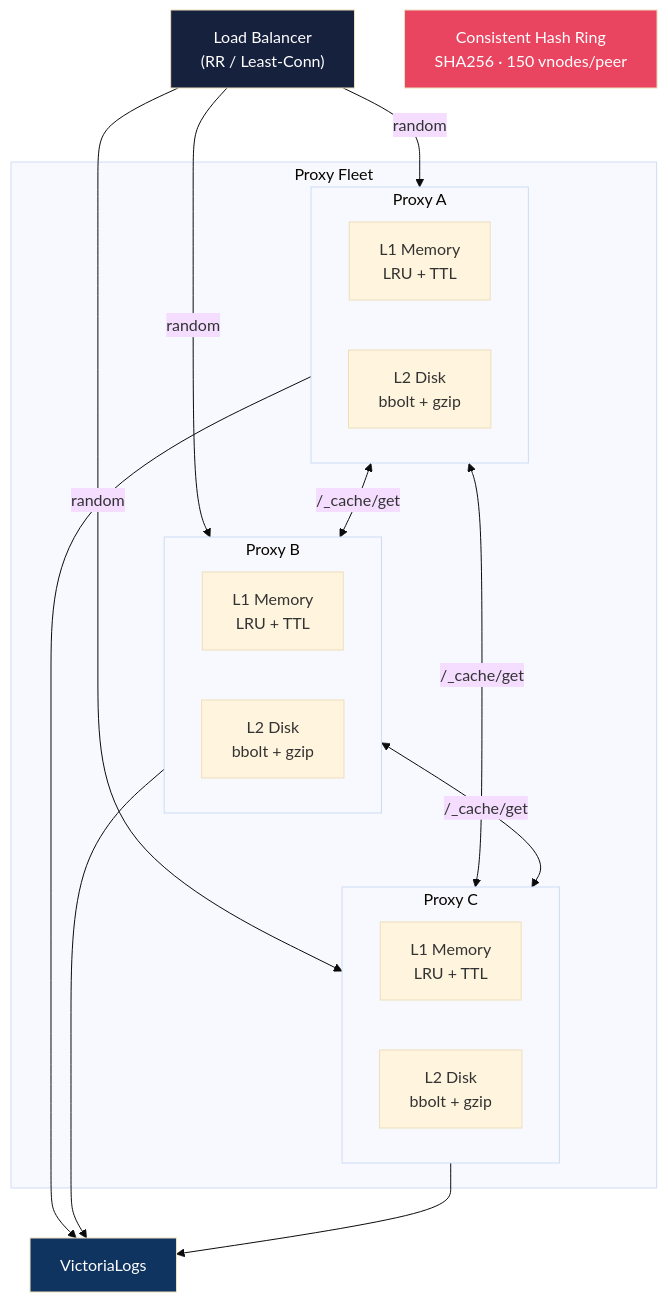
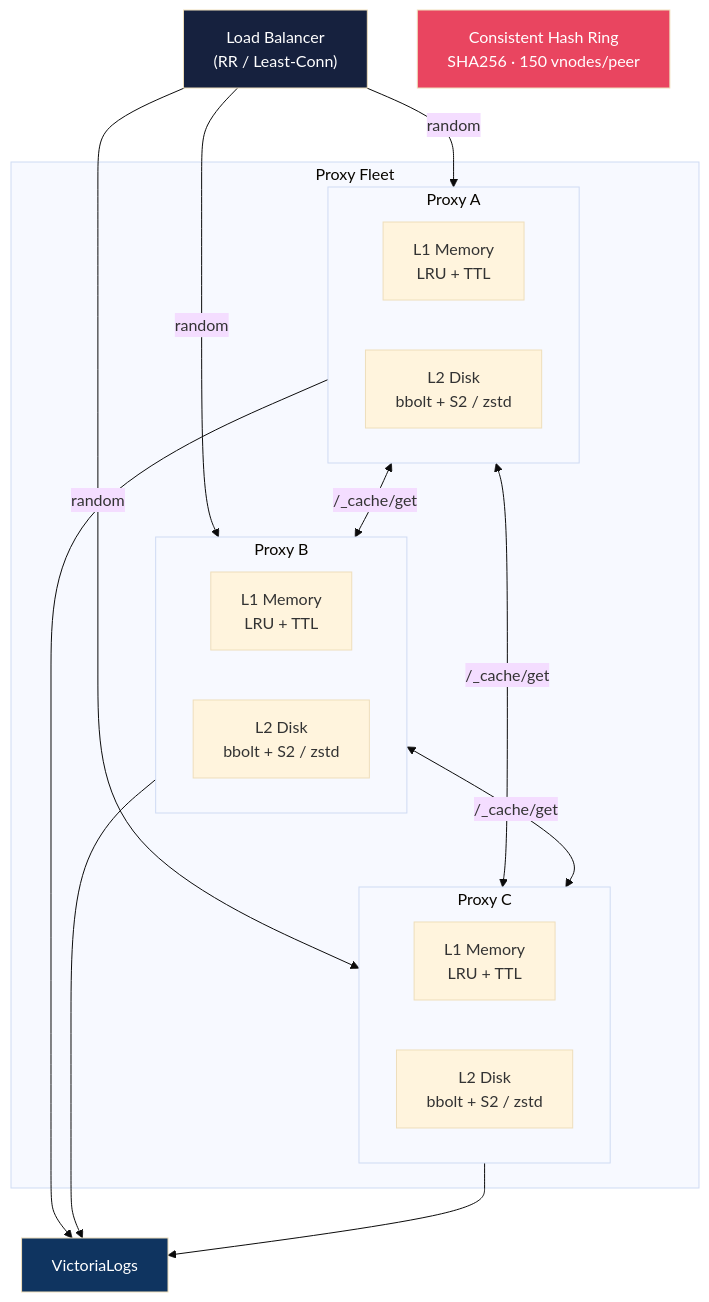
One commit to ReliablyObserve/loki-vl-proxy changed the first of 16 diagrams in docs/fleet-cache.md. Above: the diagram before and after it, drawn with Mermaid (base theme). The commit also changed other lines of this file and 59 other files, not shown here.

````diff
--- a/docs/fleet-cache.md
+++ b/docs/fleet-cache.md
@@ -14,38 +14,38 @@
 ```mermaid
 flowchart TD
     LB["Load Balancer<br/>(RR / Least-Conn)"]
 
     subgraph Fleet["Proxy Fleet"]
         subgraph P1["Proxy A"]
             L1a["L1 Memory<br/>LRU + TTL"]
-            L2a["L2 Disk<br/>bbolt + gzip"]
+            L2a["L2 Disk<br/>bbolt + S2 / zstd"]
         end
         subgraph P2["Proxy B"]
             L1b["L1 Memory<br/>LRU + TTL"]
-            L2b["L2 Disk<br/>bbolt + gzip"]
+            L2b["L2 Disk<br/>bbolt + S2 / zstd"]
         end
         subgraph P3["Proxy C"]
             L1c["L1 Memory<br/>LRU + TTL"]
-            L2c["L2 Disk<br/>bbolt + gzip"]
+            L2c["L2 Disk<br/>bbolt + S2 / zstd"]
         end
     end
 
     HR["Consistent Hash Ring<br/>SHA256 · 150 vnodes/peer"]
     VL["VictoriaLogs"]
 
     LB -->|random| P1
     LB -->|random| P2
     LB -->|random| P3
 
     P1 <-->|"/_cache/get"| P2
     P1 <-->|"/_cache/get"| P3
     P2 <-->|"/_cache/get"| P3
 
     P1 --> VL
     P2 --> VL
     P3 --> VL
 
     style HR fill:#e94560,color:#fff
     style VL fill:#0f3460,color:#fff
     style LB fill:#16213e,color:#fff
 ```
````
